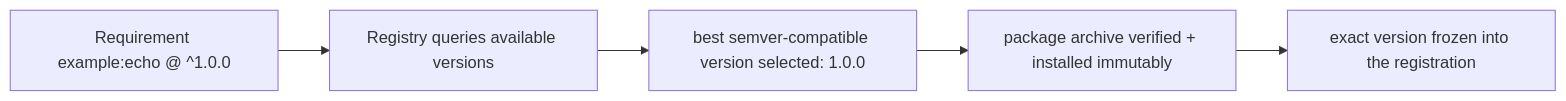
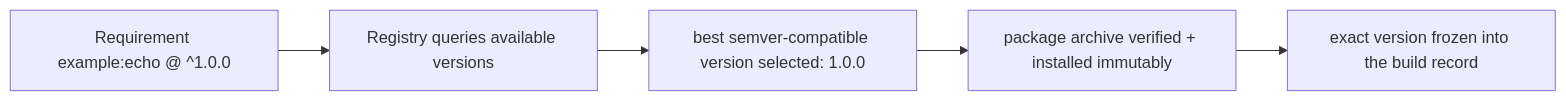
Before and after one commit to Muhammad-Jay/neuron: the second of 2 diagrams in docs/GETTING_STARTED.md, drawn with Mermaid. The commit also changed other lines of this file and 12 other files, not shown here.

````diff
--- a/docs/GETTING_STARTED.md
+++ b/docs/GETTING_STARTED.md
@@ -340,7 +349,7 @@
 ```mermaid
 flowchart LR
     A[Requirement example:echo @ ^1.0.0] --> B[Registry queries available versions]
     B --> C[best semver-compatible version selected: 1.0.0]
     C --> D[package archive verified + installed immutably]
-    D --> E[exact version frozen into the registration]
+    D --> E[exact version frozen into the build record]
 ```
````
